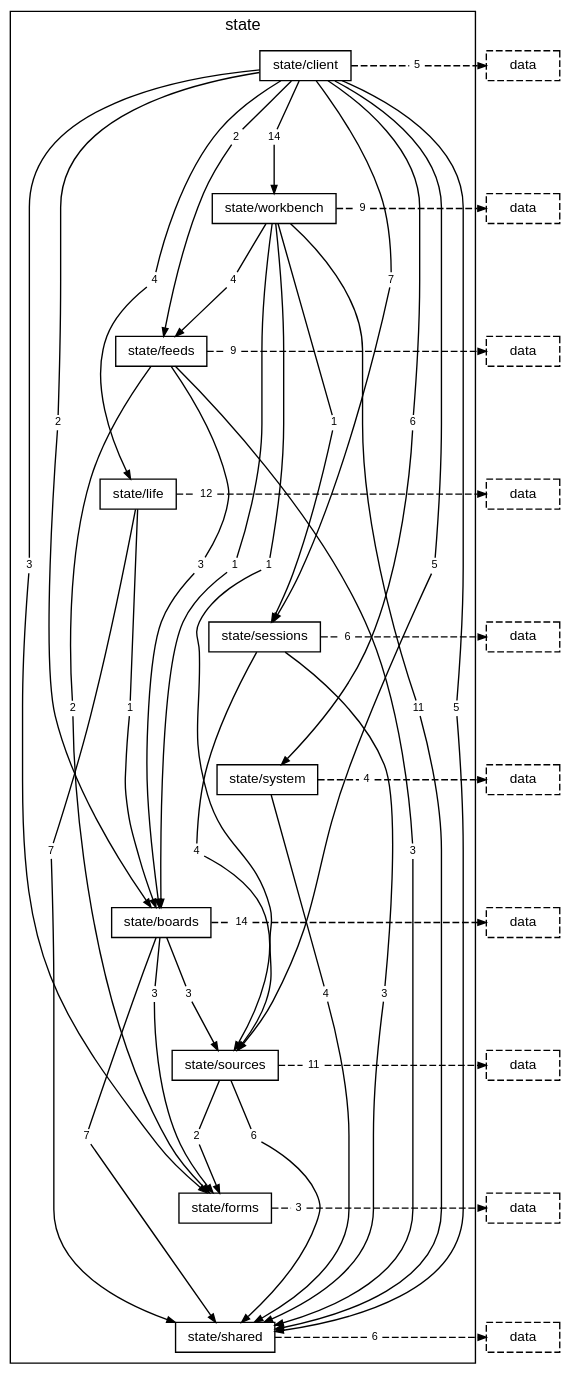
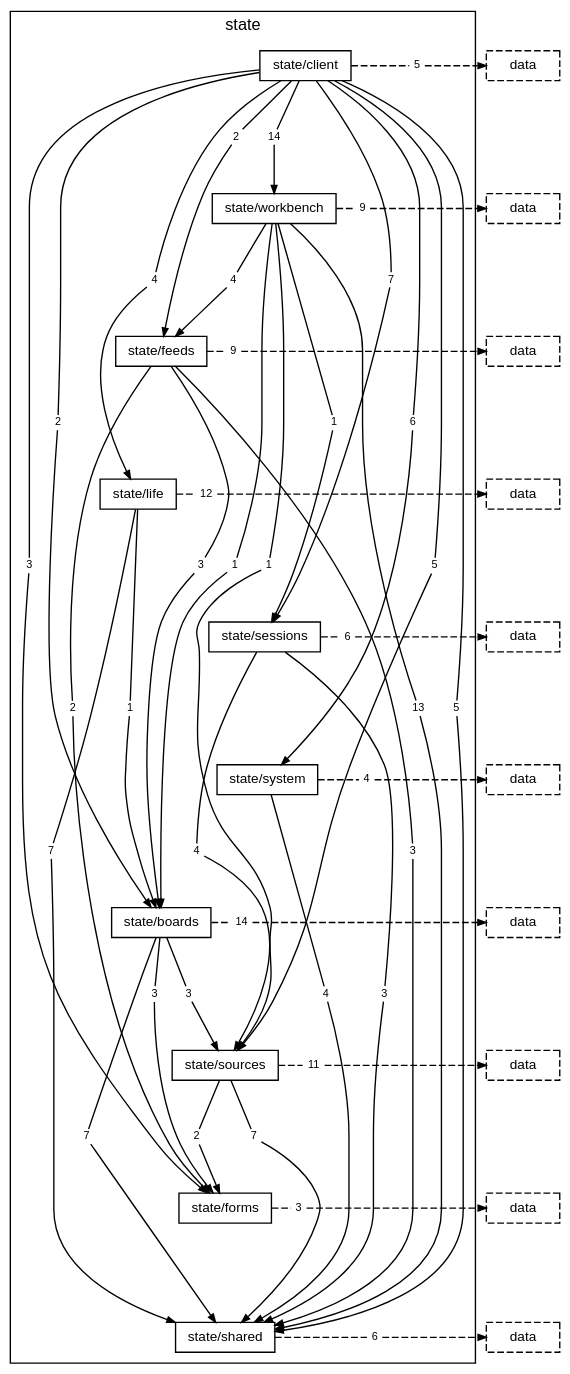
Before and after one commit to TheAxeC/oculus: the diagram in docs/diagrams/layer-state.dot, drawn with Graphviz. The commit also changed 66 other files, not shown here.

```diff
--- a/docs/diagrams/layer-state.dot
+++ b/docs/diagrams/layer-state.dot
@@ -27,7 +27,7 @@
         "folder state/workbench to folder state/boards" [label="1", shape=box, color="transparent", fontsize=8, width=0, height=0, margin="0.04,0.02"];
         "folder state/workbench to folder state/feeds" [label="4", shape=box, color="transparent", fontsize=8, width=0, height=0, margin="0.04,0.02"];
         "folder state/workbench to folder state/sessions" [label="1", shape=box, color="transparent", fontsize=8, width=0, height=0, margin="0.04,0.02"];
-        "folder state/workbench to folder state/shared" [label="11", shape=box, color="transparent", fontsize=8, width=0, height=0, margin="0.04,0.02"];
+        "folder state/workbench to folder state/shared" [label="13", shape=box, color="transparent", fontsize=8, width=0, height=0, margin="0.04,0.02"];
         "folder state/workbench to folder state/sources" [label="1", shape=box, color="transparent", fontsize=8, width=0, height=0, margin="0.04,0.02"];
         "folder state/workbench to layer data" [label="9", shape=box, color="transparent", fontsize=8, width=0, height=0, margin="0.04,0.02"];
         "folder state/feeds to folder state/boards" [label="3", shape=box, color="transparent", fontsize=8, width=0, height=0, margin="0.04,0.02"];
@@ -47,7 +47,7 @@
         "folder state/boards to folder state/sources" [label="3", shape=box, color="transparent", fontsize=8, width=0, height=0, margin="0.04,0.02"];
         "folder state/boards to layer data" [label="14", shape=box, color="transparent", fontsize=8, width=0, height=0, margin="0.04,0.02"];
         "folder state/sources to folder state/forms" [label="2", shape=box, color="transparent", fontsize=8, width=0, height=0, margin="0.04,0.02"];
-        "folder state/sources to folder state/shared" [label="6", shape=box, color="transparent", fontsize=8, width=0, height=0, margin="0.04,0.02"];
+        "folder state/sources to folder state/shared" [label="7", shape=box, color="transparent", fontsize=8, width=0, height=0, margin="0.04,0.02"];
         "folder state/sources to layer data" [label="11", shape=box, color="transparent", fontsize=8, width=0, height=0, margin="0.04,0.02"];
         "folder state/forms to layer data" [label="3", shape=box, color="transparent", fontsize=8, width=0, height=0, margin="0.04,0.02"];
         "folder state/shared to layer data" [label="6", shape=box, color="transparent", fontsize=8, width=0, height=0, margin="0.04,0.02"];
```
